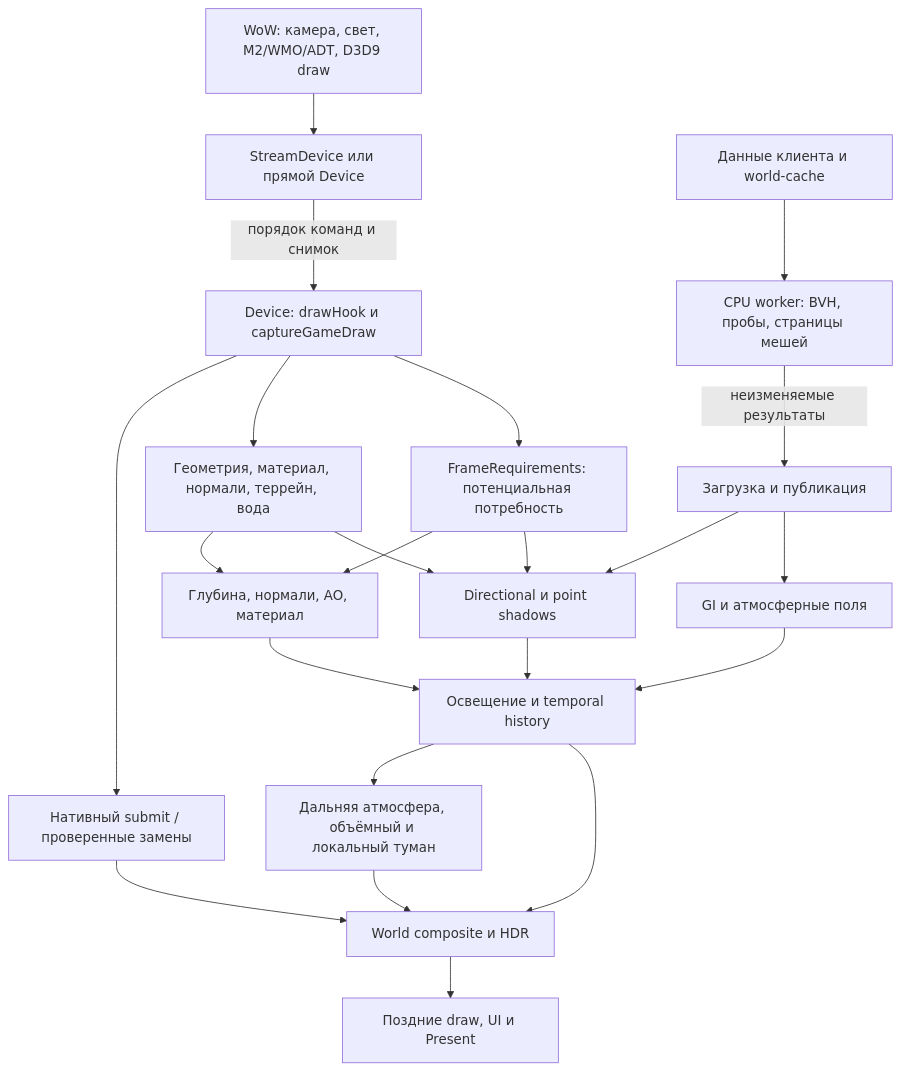
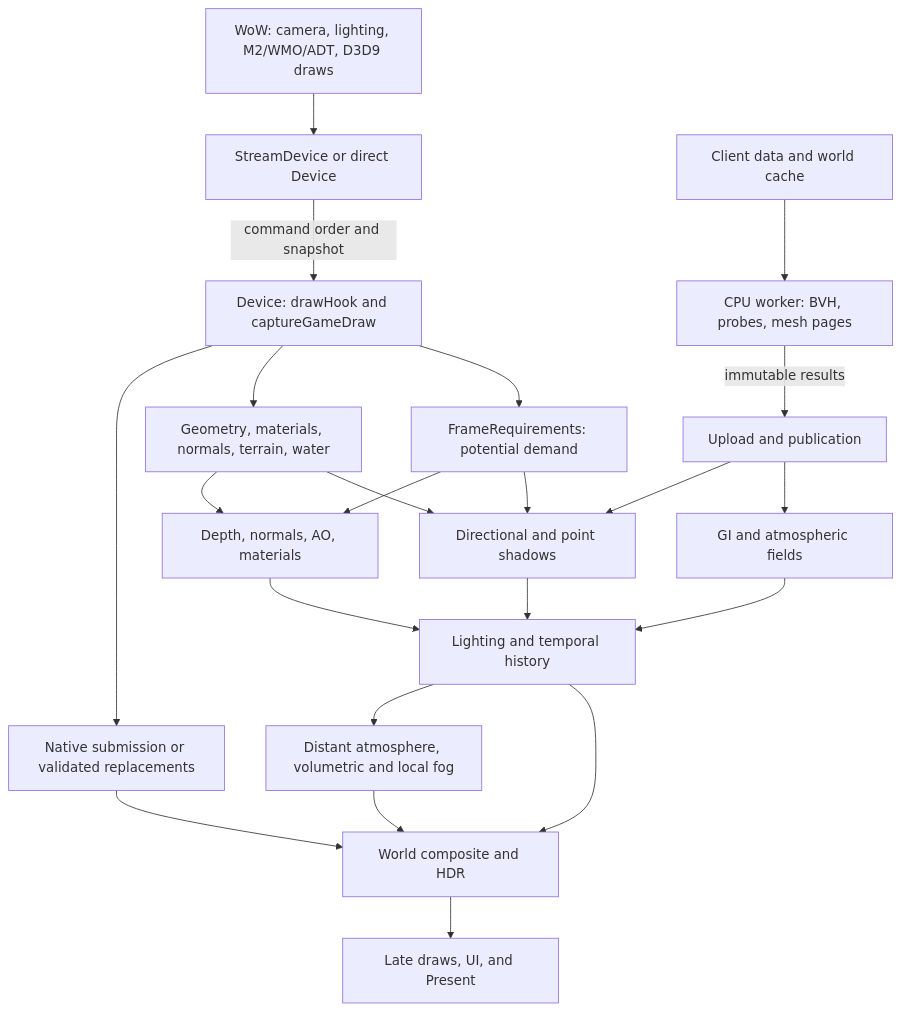
Before and after one commit to aphelion105/northlight: the diagram in docs/northlight-refactor-plan-20261119.md, drawn with Mermaid. The commit also changed other lines of this file and 183 other files, not shown here.

````diff
--- a/docs/northlight-refactor-plan-20261119.md
+++ b/docs/northlight-refactor-plan-20261119.md
@@ -9,24 +9,24 @@
 ```mermaid
 flowchart TD
-    WoW[WoW: камера, свет, M2/WMO/ADT, D3D9 draw] --> Device[StreamDevice или прямой Device]
-    Device -->|порядок команд и снимок| D[Device: drawHook и captureGameDraw]
-    D --> Native[Нативный submit / проверенные замены]
-    D --> Capture[Геометрия, материал, нормали, террейн, вода]
-    D --> Demand[FrameRequirements: потенциальная потребность]
-    Data[Данные клиента и world-cache] --> Worker[CPU worker: BVH, пробы, страницы мешей]
-    Worker -->|неизменяемые результаты| Upload[Загрузка и публикация]
-    Capture --> Screen[Глубина, нормали, AO, материал]
-    Capture --> Shadow[Directional и point shadows]
+    WoW[WoW: camera, lighting, M2/WMO/ADT, D3D9 draws] --> Device[StreamDevice or direct Device]
+    Device -->|command order and snapshot| D[Device: drawHook and captureGameDraw]
+    D --> Native[Native submission or validated replacements]
+    D --> Capture[Geometry, materials, normals, terrain, water]
+    D --> Demand[FrameRequirements: potential demand]
+    Data[Client data and world cache] --> Worker[CPU worker: BVH, probes, mesh pages]
+    Worker -->|immutable results| Upload[Upload and publication]
+    Capture --> Screen[Depth, normals, AO, materials]
+    Capture --> Shadow[Directional and point shadows]
     Upload --> Shadow
-    Upload --> GI[GI и атмосферные поля]
+    Upload --> GI[GI and atmospheric fields]
     Demand --> Screen
     Demand --> Shadow
-    Native --> Composite[World composite и HDR]
-    Screen --> Light[Освещение и temporal history]
+    Native --> Composite[World composite and HDR]
+    Screen --> Light[Lighting and temporal history]
     Shadow --> Light
     GI --> Light
-    Light --> Fog[Дальняя атмосфера, объёмный и локальный туман]
+    Light --> Fog[Distant atmosphere, volumetric and local fog]
     Light --> Composite
     Fog --> Composite
-    Composite --> UI[Поздние draw, UI и Present]
+    Composite --> UI[Late draws, UI, and Present]
 ```
````
